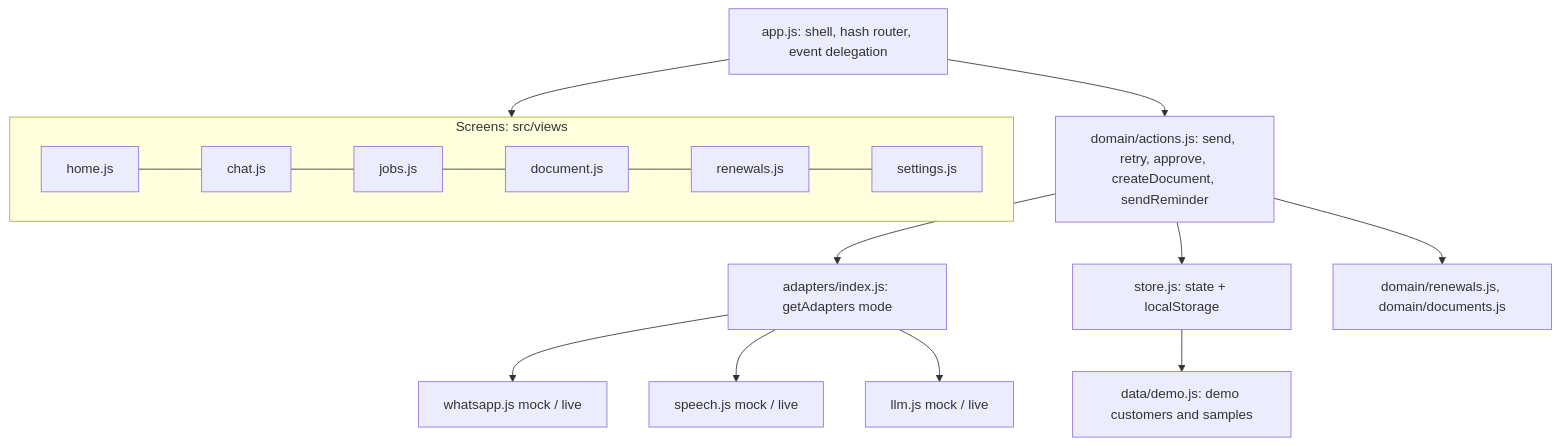
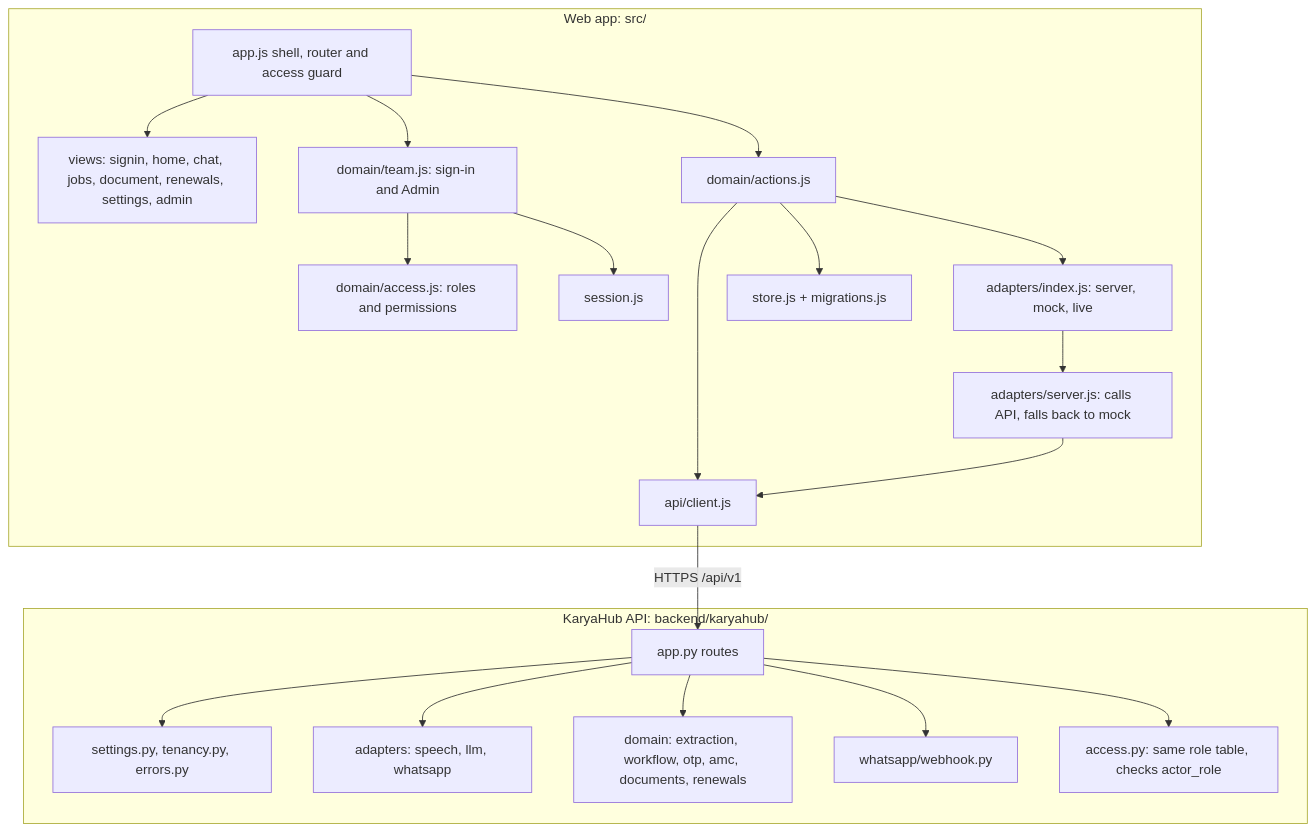
One commit to akkiverse/karyahub changed the second of 2 diagrams in docs/architecture/ARCHITECTURE.md. Above: the diagram before and after it, drawn with Mermaid. The commit also changed other lines of this file and 90 other files, not shown here.

First line of the commit message:
KaryaHub: Advance Tech, business look, Admin and staff logins (CR-0002, CR-0003) (#2)

````diff
--- a/docs/architecture/ARCHITECTURE.md
+++ b/docs/architecture/ARCHITECTURE.md
@@ -24,15 +24,22 @@
 ```mermaid
 flowchart TB
-  subgraph UI[Screens: src/views]
-    H[home.js] --- C[chat.js] --- J[jobs.js] --- D[document.js] --- R[renewals.js] --- ST[settings.js]
+  subgraph Web[Web app: src/]
+    SH[app.js shell, router and access guard] --> V[views: signin, home, chat, jobs, document, renewals, settings, admin]
+    SH --> TEAM[domain/team.js: sign-in and Admin] --> ACC[domain/access.js: roles and permissions]
+    TEAM --> SES[session.js]
+    SH --> ACT[domain/actions.js]
+    ACT --> AD[adapters/index.js: server, mock, live]
+    AD --> SRV[adapters/server.js: calls API, falls back to mock]
+    ACT --> CL[api/client.js]
+    SRV --> CL
+    ACT --> STO[store.js + migrations.js]
   end
-  SH[app.js: shell, hash router, event delegation] --> UI
-  SH --> ACT[domain/actions.js: send, retry, approve, createDocument, sendReminder]
-  ACT --> AD[adapters/index.js: getAdapters mode]
-  AD --> WA[whatsapp.js mock / live]
-  AD --> SP[speech.js mock / live]
-  AD --> LM[llm.js mock / live]
-  ACT --> STO[store.js: state + localStorage]
-  ACT --> DOM[domain/renewals.js, domain/documents.js]
-  STO --> DATA[data/demo.js: demo customers and samples]
+  CL -->|HTTPS /api/v1| API
+  subgraph Server[KaryaHub API: backend/karyahub/]
+    API[app.py routes] --> SET[settings.py, tenancy.py, errors.py]
+    API --> SAD[adapters: speech, llm, whatsapp]
+    API --> DOM[domain: extraction, workflow, otp, amc, documents, renewals]
+    API --> WH[whatsapp/webhook.py]
+    API --> SACC[access.py: same role table, checks actor_role]
+  end
 ```
````
